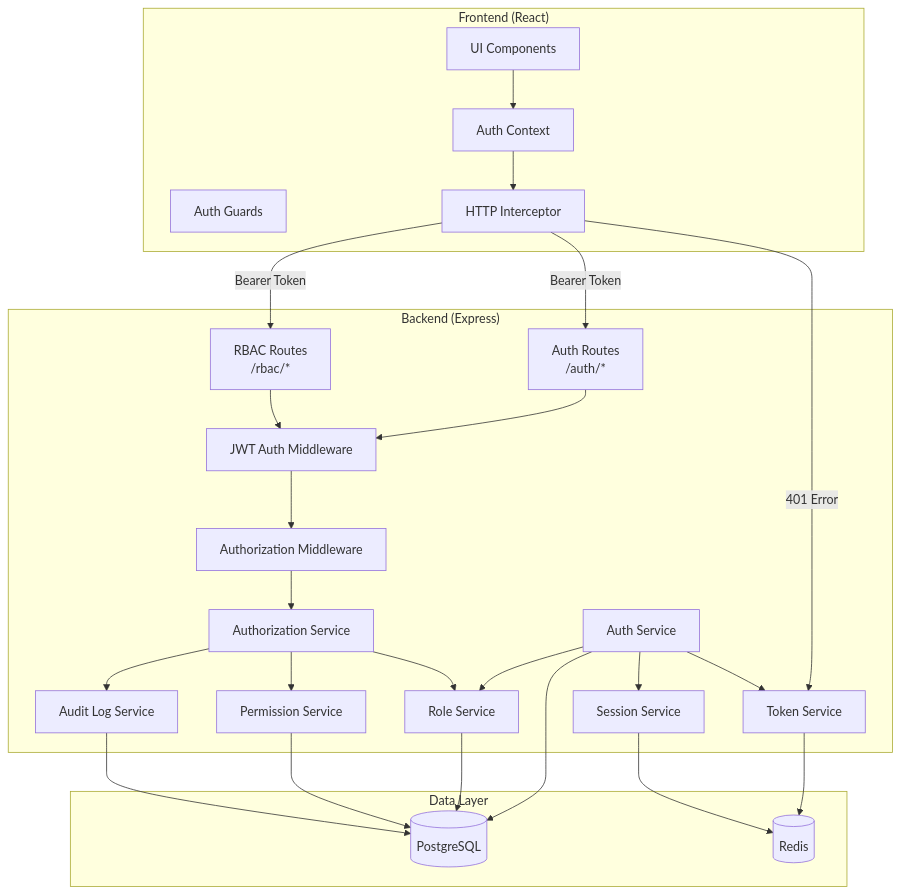
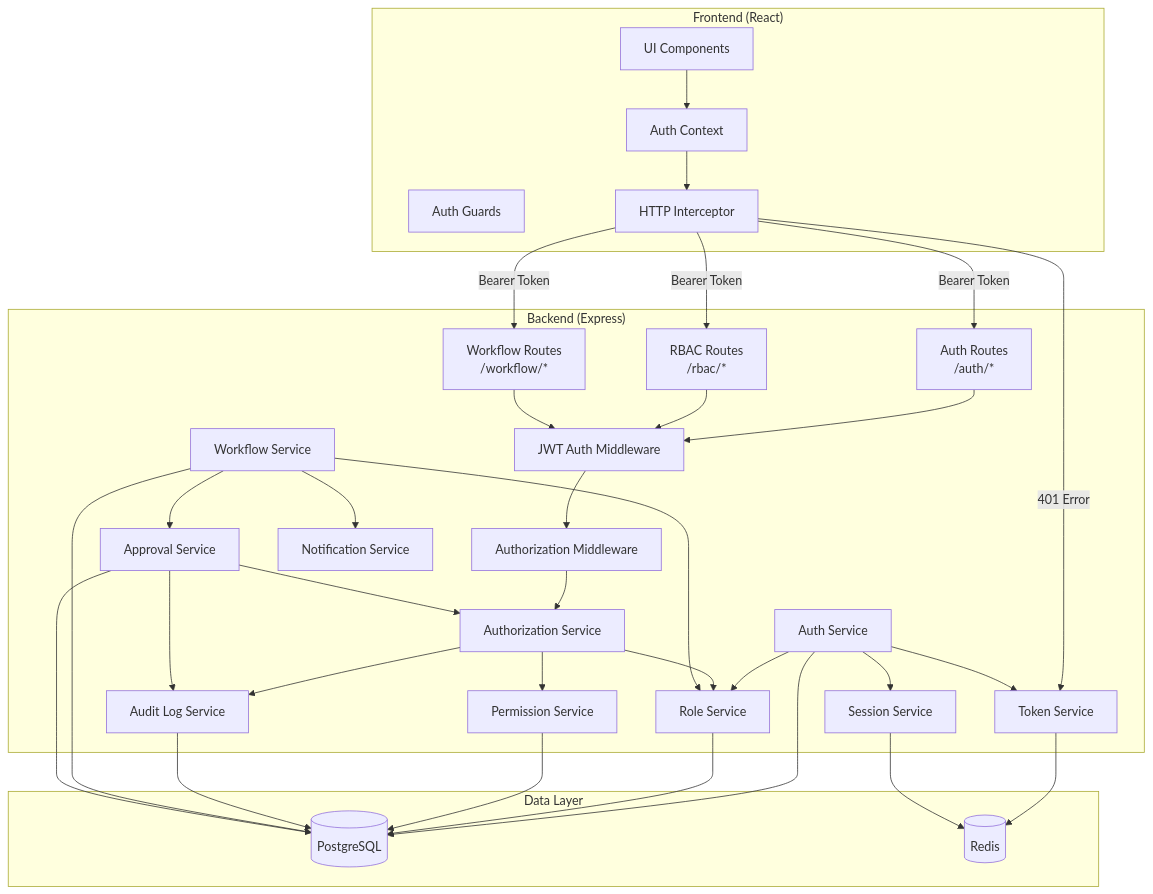
One commit to inakanou/ArchiTrack changed the first of 9 diagrams in .kiro/specs/user-authentication/design.md. Above: the diagram before and after it, drawn with Mermaid. The commit also changed other lines of this file and 1 other file, not shown here.

````diff
--- a/.kiro/specs/user-authentication/design.md
+++ b/.kiro/specs/user-authentication/design.md
@@ -54,54 +54,68 @@
 ```mermaid
 graph TB
     subgraph "Frontend (React)"
         UI[UI Components]
         AuthContext[Auth Context]
         AuthGuard[Auth Guards]
         Interceptor[HTTP Interceptor]
     end
 
     subgraph "Backend (Express)"
         AuthRoutes[Auth Routes<br/>/auth/*]
         RBACRoutes[RBAC Routes<br/>/rbac/*]
+        WorkflowRoutes[Workflow Routes<br/>/workflow/*]
         AuthMiddleware[JWT Auth Middleware]
         AuthzMiddleware[Authorization Middleware]
 
         AuthService[Auth Service]
         TokenService[Token Service]
         SessionService[Session Service]
         AuthzService[Authorization Service]
         RoleService[Role Service]
         PermissionService[Permission Service]
         AuditService[Audit Log Service]
+        WorkflowService[Workflow Service]
+        ApprovalService[Approval Service]
+        NotificationService[Notification Service]
     end
 
     subgraph "Data Layer"
         PostgreSQL[(PostgreSQL)]
         Redis[(Redis)]
     end
 
     UI --> AuthContext
     AuthContext --> Interceptor
     Interceptor -->|Bearer Token| AuthRoutes
     Interceptor -->|Bearer Token| RBACRoutes
+    Interceptor -->|Bearer Token| WorkflowRoutes
     Interceptor -->|401 Error| TokenService
 
     AuthRoutes --> AuthMiddleware
     RBACRoutes --> AuthMiddleware
+    WorkflowRoutes --> AuthMiddleware
     AuthMiddleware --> AuthzMiddleware
     AuthzMiddleware --> AuthzService
 
     AuthService --> TokenService
     AuthService --> SessionService
     AuthService --> RoleService
     AuthzService --> RoleService
     AuthzService --> PermissionService
     AuthzService --> AuditService
 
+    WorkflowService --> ApprovalService
+    WorkflowService --> NotificationService
+    WorkflowService --> RoleService
+    ApprovalService --> AuthzService
+    ApprovalService --> AuditService
+
     TokenService --> Redis
     SessionService --> Redis
     AuthService --> PostgreSQL
     RoleService --> PostgreSQL
     PermissionService --> PostgreSQL
     AuditService --> PostgreSQL
+    WorkflowService --> PostgreSQL
+    ApprovalService --> PostgreSQL
 ```
````
